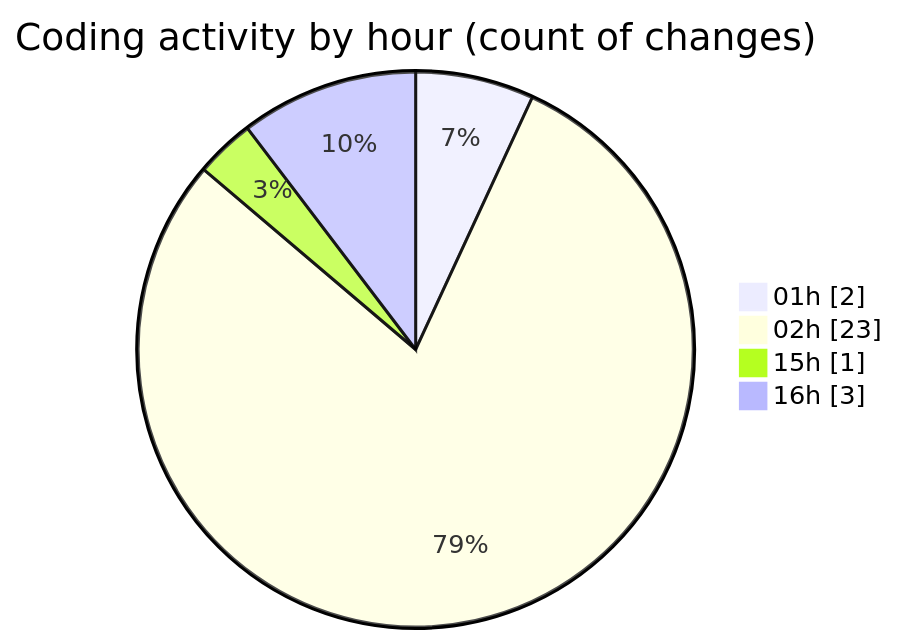
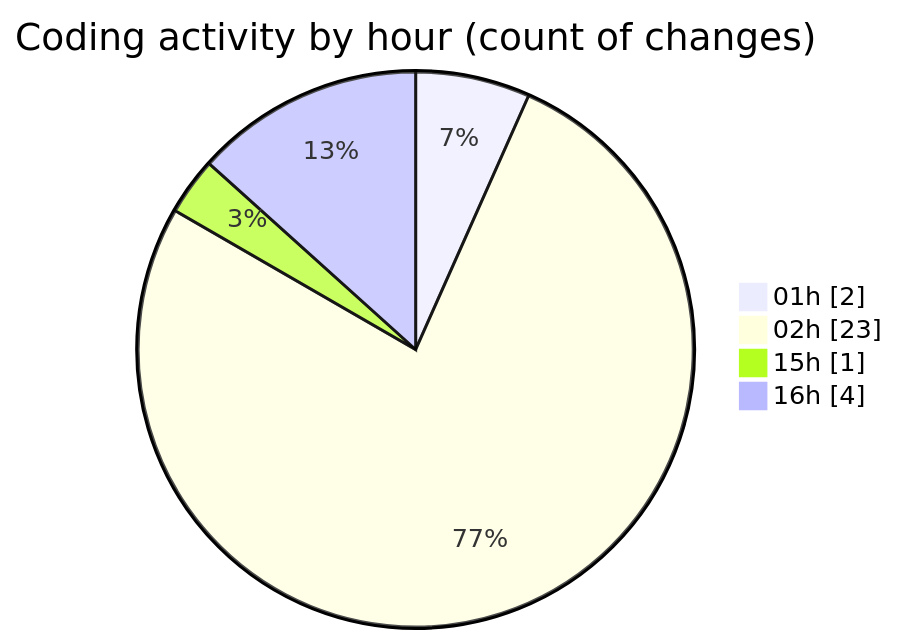
Before and after one commit to mevix1/code-tracking: the second of 2 diagrams in 2025-10-01/open-health/README.md, drawn with Mermaid. The commit also changed other lines of this file and 1 other file, not shown here.

````diff
--- a/2025-10-01/open-health/README.md
+++ b/2025-10-01/open-health/README.md
@@ -41,8 +41,8 @@
 ```mermaid
 pie showData
 title Coding activity by hour (count of changes)
 "01h" : 2
 "02h" : 23
 "15h" : 1
-"16h" : 3
+"16h" : 4
 ```
````
